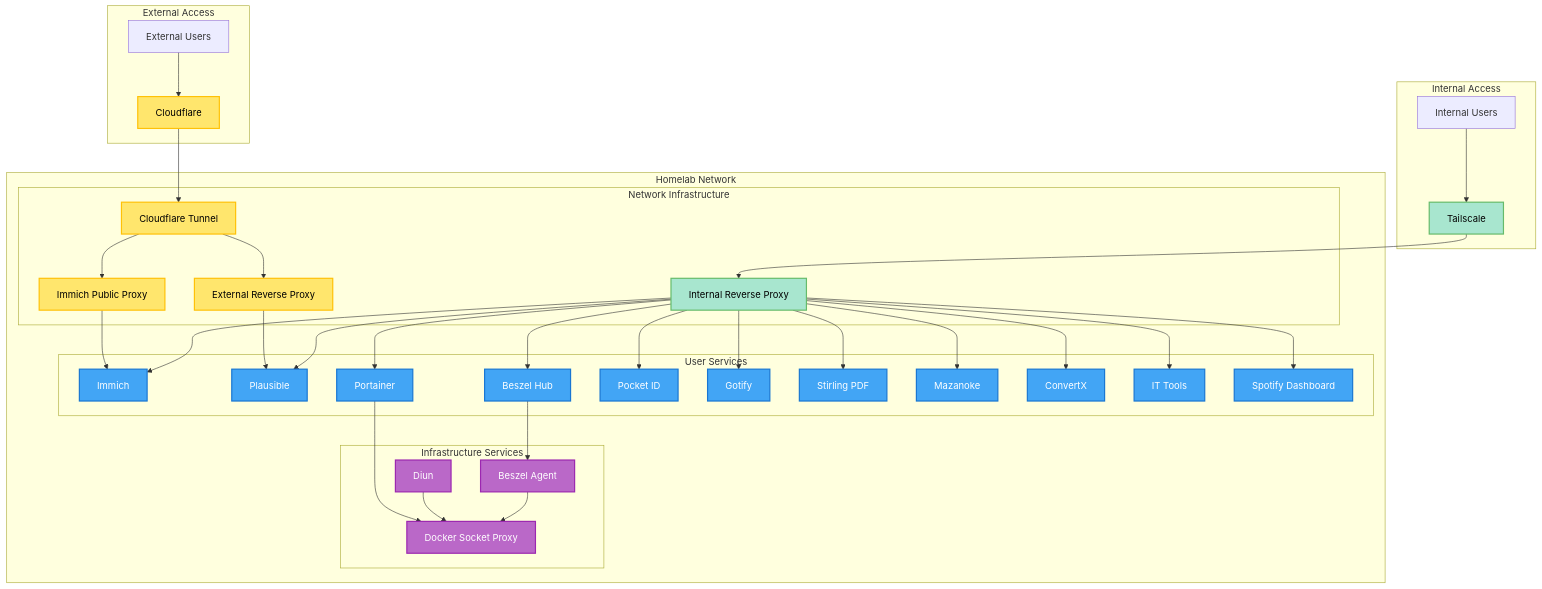
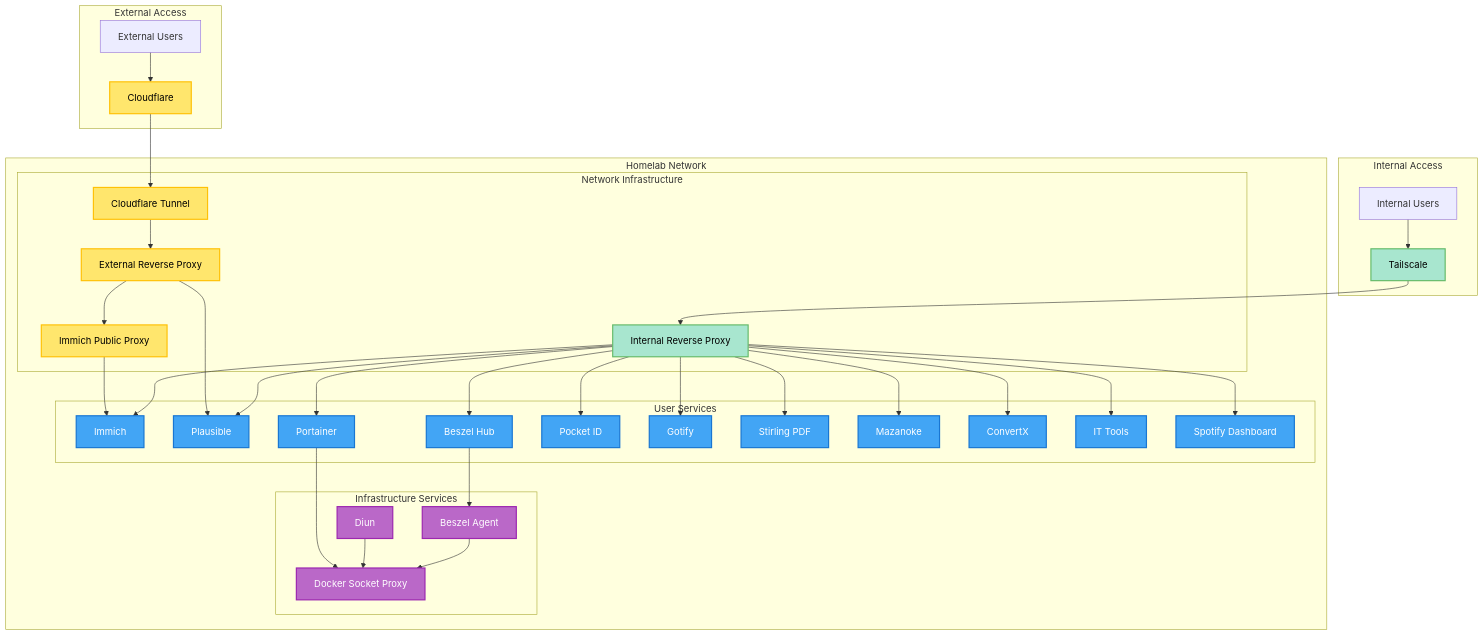
Before and after one commit to ElioDiNino/Homelab: the diagram in services/README.md, drawn with Mermaid. The commit also changed other lines of this file and 3 other files, not shown here.

```diff
--- a/services/README.md
+++ b/services/README.md
@@ -147,9 +90,9 @@
     EXT --> CF
     CF --> CF_TUNNEL
     CF_TUNNEL --> CADDY_EXT
-    CF_TUNNEL --> IMMICH_PROXY
 
     %% External Service Routing
+    CADDY_EXT --> IMMICH_PROXY
     IMMICH_PROXY --> IMMICH
     CADDY_EXT --> PLAUSIBLE
 
```
